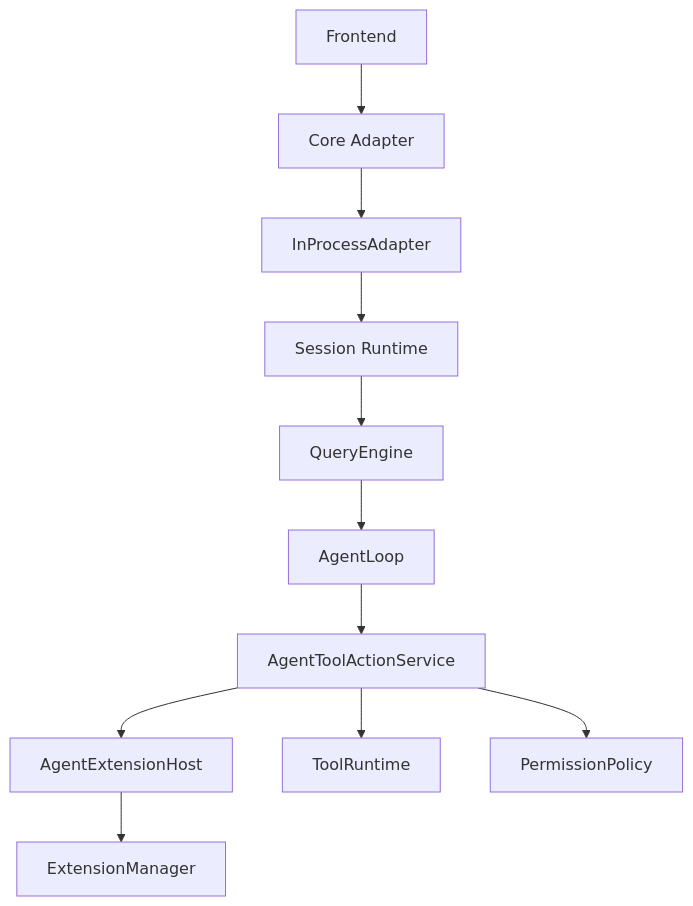
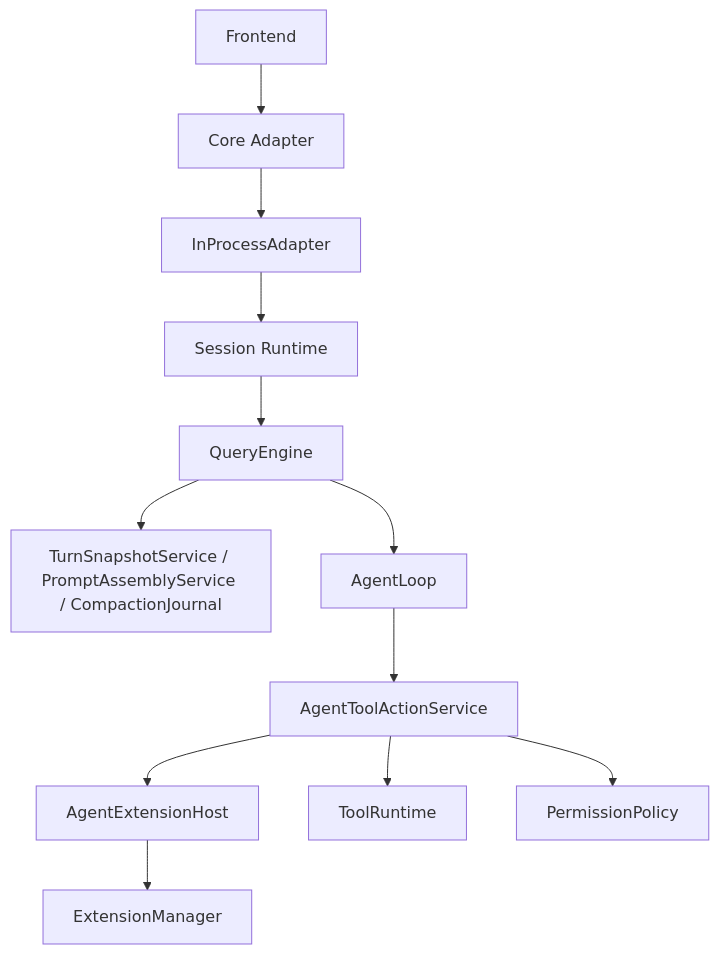
One commit to czh869452912/ccode-win7 changed the diagram in docs/modules/agent-core.md. Above: the diagram before and after it, drawn with Mermaid. The commit also changed other lines of this file and 11 other files, not shown here.

````diff
--- a/docs/modules/agent-core.md
+++ b/docs/modules/agent-core.md
@@ -60,13 +62,14 @@
 ```mermaid
 flowchart TD
     A["Frontend"] --> B["Core Adapter"]
     B --> C["InProcessAdapter"]
     C --> D["Session Runtime"]
     D --> E["QueryEngine"]
+    E --> X["TurnSnapshotService / PromptAssemblyService / CompactionJournal"]
     E --> F["AgentLoop"]
     F --> G["AgentToolActionService"]
     G --> H["AgentExtensionHost"]
     G --> I["ToolRuntime"]
     G --> J["PermissionPolicy"]
     H --> K["ExtensionManager"]
 ```
````
